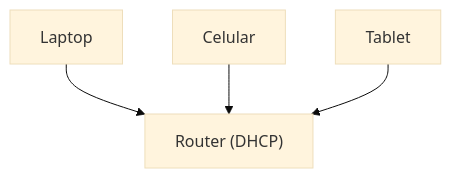
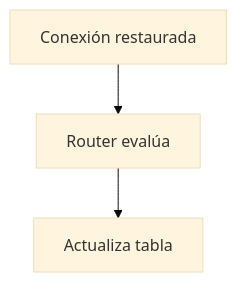
Before and after one commit to Oscar-Poski/heka-it: the seventh of 12 diagrams in src/content/lessons/fundamentos-it/redes-desde-cero/intro-ip/03-intro-ip.md, drawn with Mermaid (base theme). The commit also changed other lines of this file and 63 other files, not shown here.

````diff
--- a/src/content/lessons/fundamentos-it/redes-desde-cero/intro-ip/03-intro-ip.md
+++ b/src/content/lessons/fundamentos-it/redes-desde-cero/intro-ip/03-intro-ip.md
@@ -58,7 +150,6 @@
 ```mermaid
 flowchart TD
-  R["Router (DHCP)"]
-  A["Laptop"] --> R
-  B["Celular"] --> R
-  C["Tablet"] --> R
+    A[Conexión restaurada]
+    A --> B[Router evalúa]
+    B --> C[Actualiza tabla]
 ```
````
